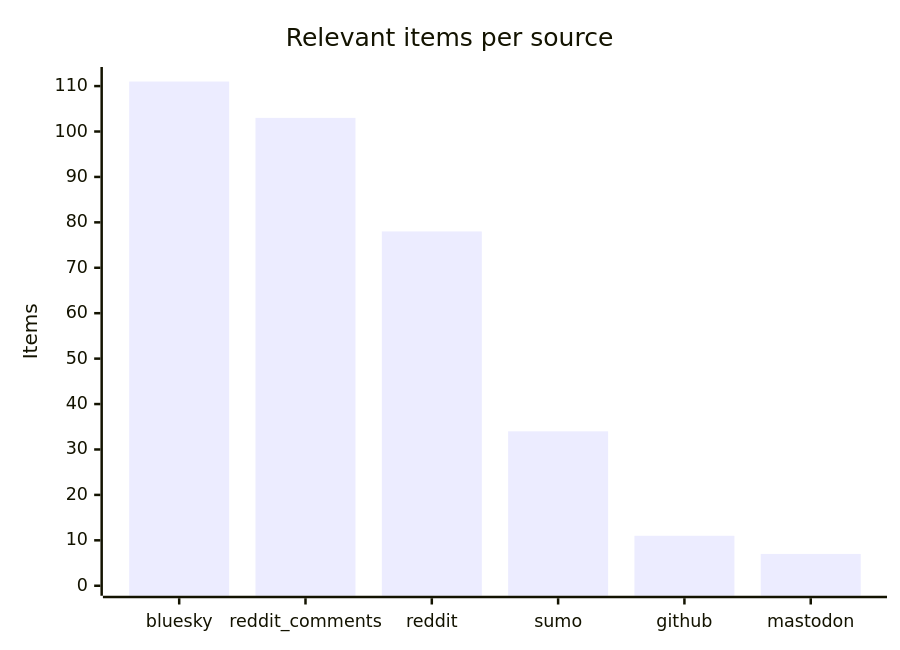
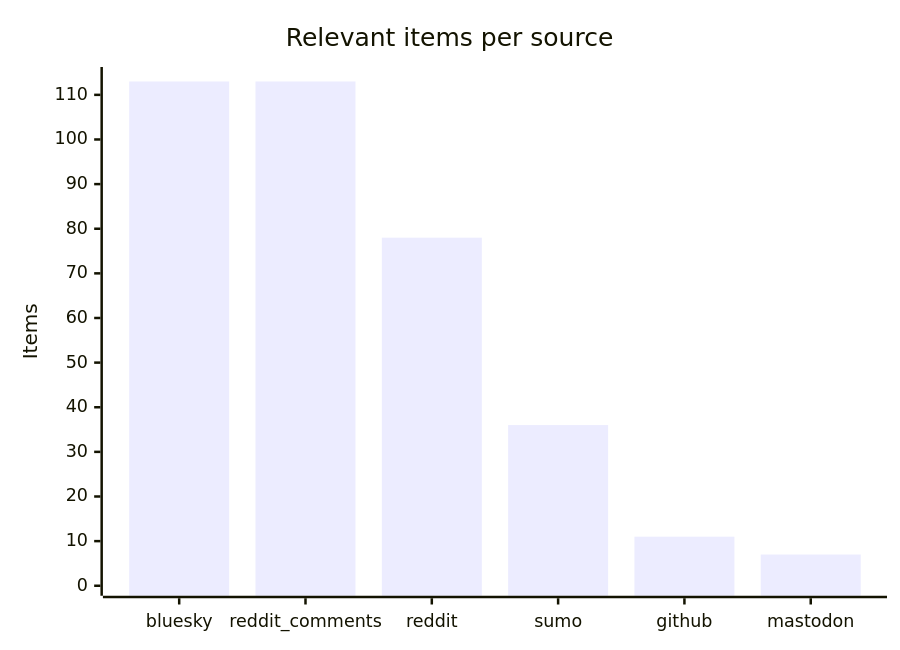
The third of 4 diagrams in README.md (martinbalfanz/social-scanner-reports), drawn with Mermaid before and after one commit. The commit also changed other lines of this file and 2 other files, not shown here.

````diff
--- a/README.md
+++ b/README.md
@@ -48,7 +48,7 @@
 ```mermaid
 xychart-beta
     title "Relevant items per source"
     x-axis ["bluesky", "reddit_comments", "reddit", "sumo", "github", "mastodon"]
-    y-axis "Items" 0 --> 112
-    bar [111, 103, 78, 34, 11, 7]
+    y-axis "Items" 0 --> 114
+    bar [113, 113, 78, 36, 11, 7]
 ```
````
